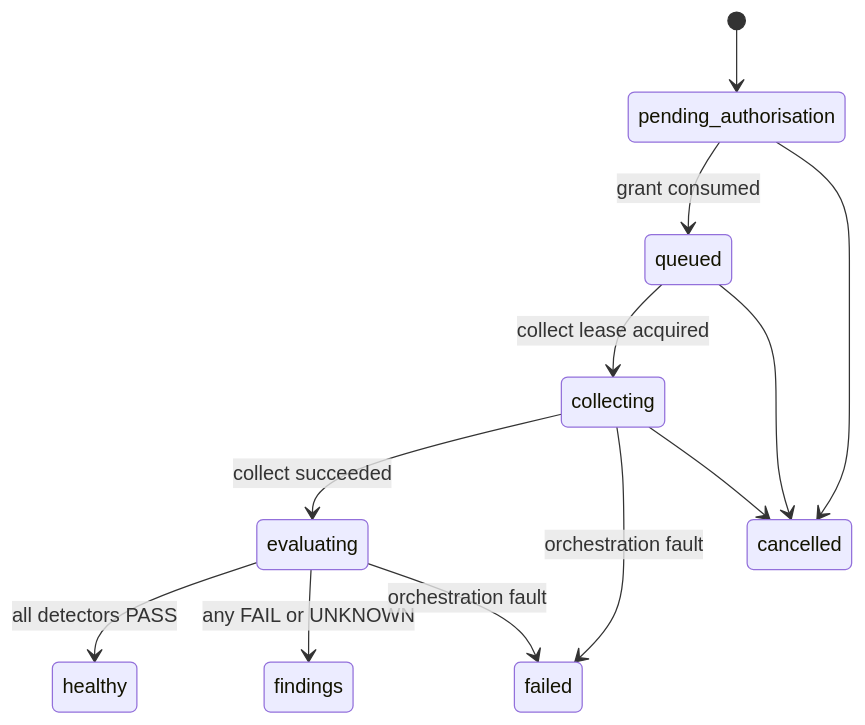
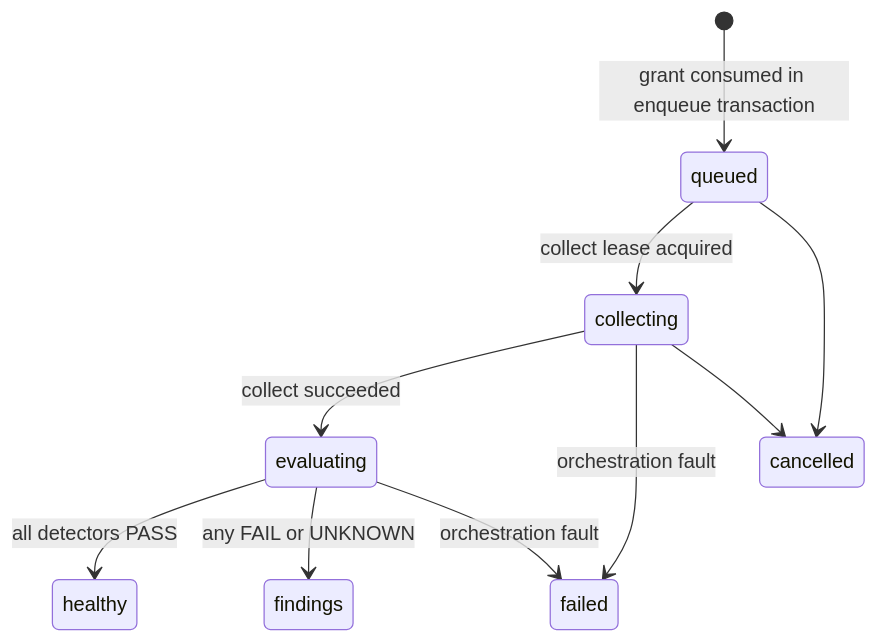
The first of 2 diagrams in docs/architecture/state-machines.md (leeclarkuk/Grounds), drawn with Mermaid before and after one commit. The commit also changed other lines of this file and 3 other files, not shown here.

First line of the commit message:
Close remaining Build 0 architecture-gate holes.

````diff
--- a/docs/architecture/state-machines.md
+++ b/docs/architecture/state-machines.md
@@ -5,14 +5,12 @@
 ```mermaid
 stateDiagram-v2
-    [*] --> pending_authorisation
-    pending_authorisation --> queued: grant consumed
+    [*] --> queued: grant consumed in enqueue transaction
     queued --> collecting: collect lease acquired
     collecting --> evaluating: collect succeeded
     evaluating --> healthy: all detectors PASS
     evaluating --> findings: any FAIL or UNKNOWN
     collecting --> failed: orchestration fault
     evaluating --> failed: orchestration fault
-    pending_authorisation --> cancelled
     queued --> cancelled
     collecting --> cancelled
 ```
````
